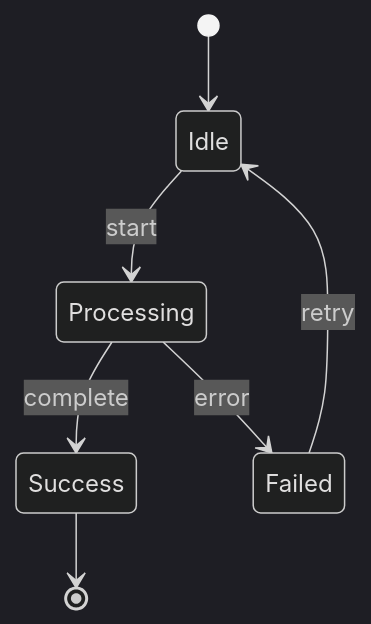
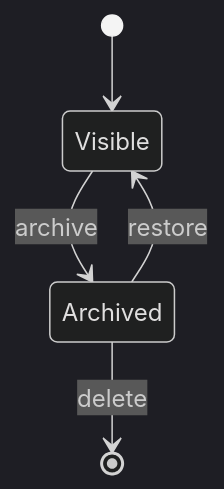
One commit to ultrakorne/skill-collection changed the second of 2 diagrams in project-documentation/references/templates.md. Above: the diagram before and after it, drawn with Mermaid (dark theme). The commit also changed other lines of this file and 3 other files, not shown here.

````diff
--- a/project-documentation/references/templates.md
+++ b/project-documentation/references/templates.md
@@ -224,9 +167,7 @@
 ```mermaid
 stateDiagram-v2
-    [*] --> Idle
-    Idle --> Processing: start
-    Processing --> Success: complete
-    Processing --> Failed: error
-    Success --> [*]
-    Failed --> Idle: retry
+    [*] --> Visible
+    Visible --> Archived: archive
+    Archived --> Visible: restore
+    Archived --> [*]: delete
 ```
````
